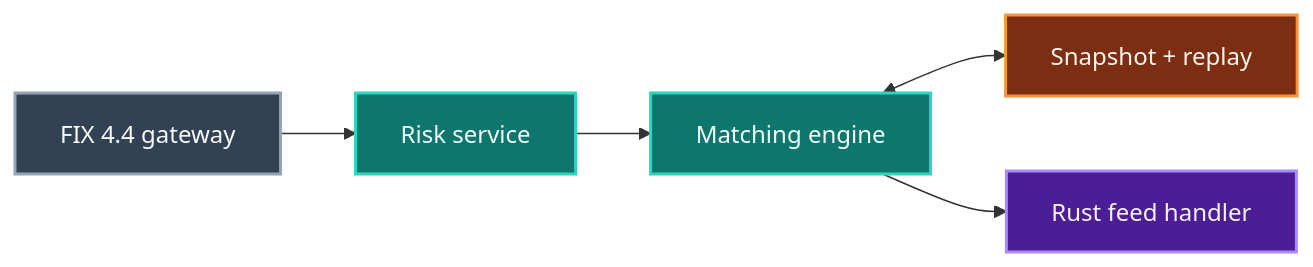
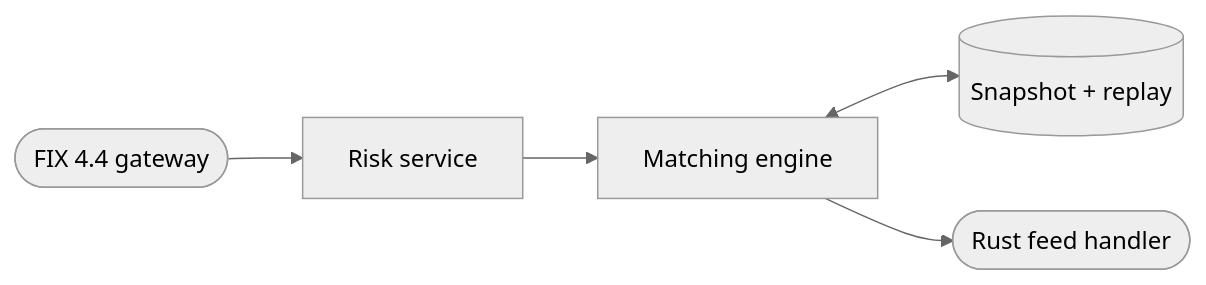
Before and after one commit to Git-ShivamPatil/low-latency-market-data-stack: the diagram in README.md, drawn with Mermaid. The commit also changed other lines of this file and 1 other file, not shown here.

````diff
--- a/README.md
+++ b/README.md
@@ -32,22 +34,12 @@
 ```mermaid
+%%{init: {'theme':'neutral'}}%%
 flowchart LR
-    N0["FIX 4.4 gateway"]
+    N0(["FIX 4.4 gateway"])
     N1["Risk service"]
     N2["Matching engine"]
-    N3["Snapshot + replay"]
-    N4["Rust feed handler"]
+    N3[("Snapshot + replay")]
+    N4(["Rust feed handler"])
 
-    N0 --> N1
-    N1 --> N2
-    N2 <--> N3
+    N0 --> N1 --> N2 <--> N3
     N2 --> N4
-
-    classDef input fill:#334155,stroke:#94a3b8,stroke-width:2px,color:#f8fafc
-    classDef core fill:#0f766e,stroke:#2dd4bf,stroke-width:2px,color:#f0fdfa
-    classDef store fill:#7c2d12,stroke:#fb923c,stroke-width:2px,color:#fff7ed
-    classDef output fill:#4c1d95,stroke:#a78bfa,stroke-width:2px,color:#f5f3ff
-    class N0 input
-    class N1,N2 core
-    class N3 store
-    class N4 output
 ```
````
